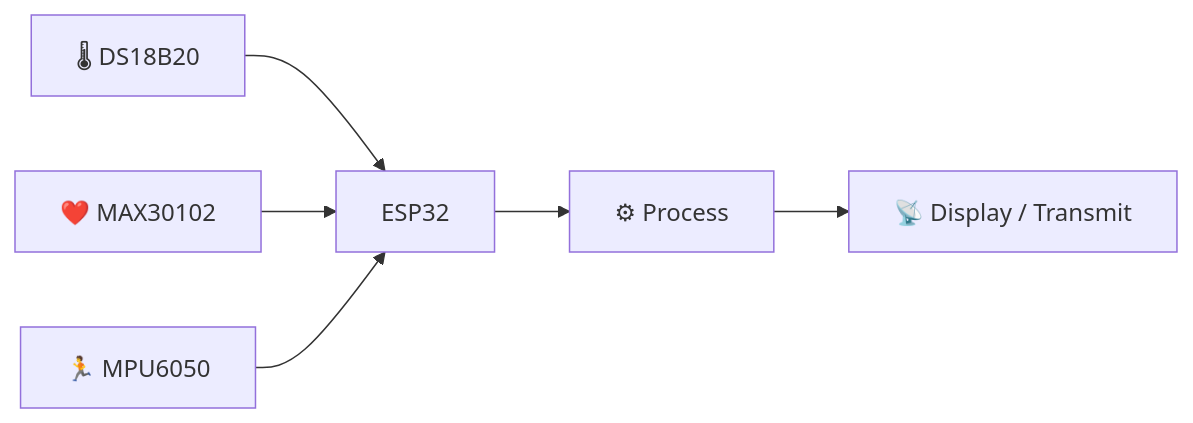
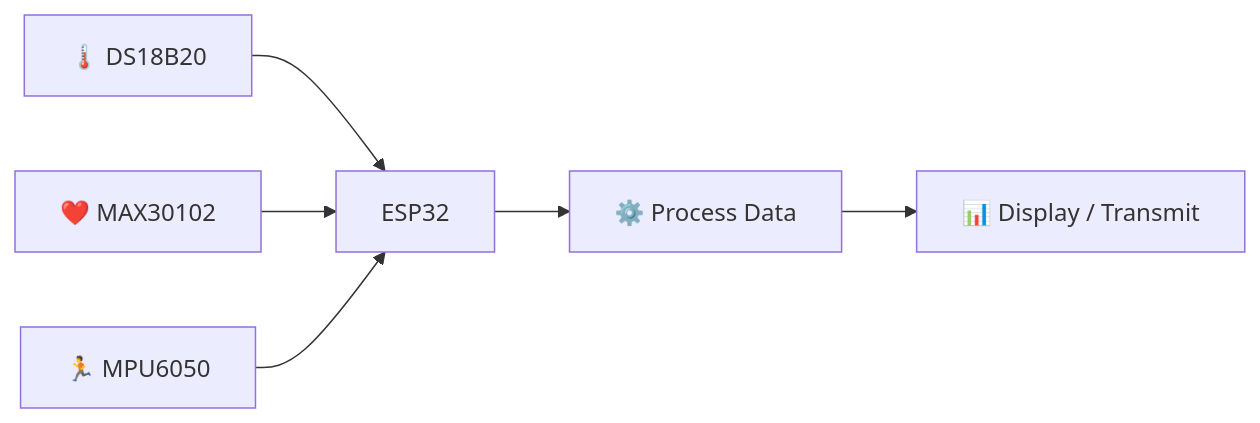
The fifth of 7 diagrams in README.md (harshithrosun2705-star/harshithrosun2705-star), drawn with Mermaid before and after one commit. The commit also changed other lines of this file, not shown here.

````diff
--- a/README.md
+++ b/README.md
@@ -775,19 +860,20 @@
 ```mermaid
 flowchart LR
 
-    TEMP["🌡 DS18B20"]
+    TEMP["🌡️ DS18B20"]
     HEART["❤️ MAX30102"]
     MOTION["🏃 MPU6050"]
 
     ESP["ESP32"]
 
-    PROCESS["⚙ Process"]
-    OUTPUT["📡 Display / Transmit"]
+    PROCESS["⚙️ Process Data"]
+
+    RESULT["📊 Display / Transmit"]
 
     TEMP --> ESP
     HEART --> ESP
     MOTION --> ESP
 
     ESP --> PROCESS
-    PROCESS --> OUTPUT
+    PROCESS --> RESULT
 ```
````
